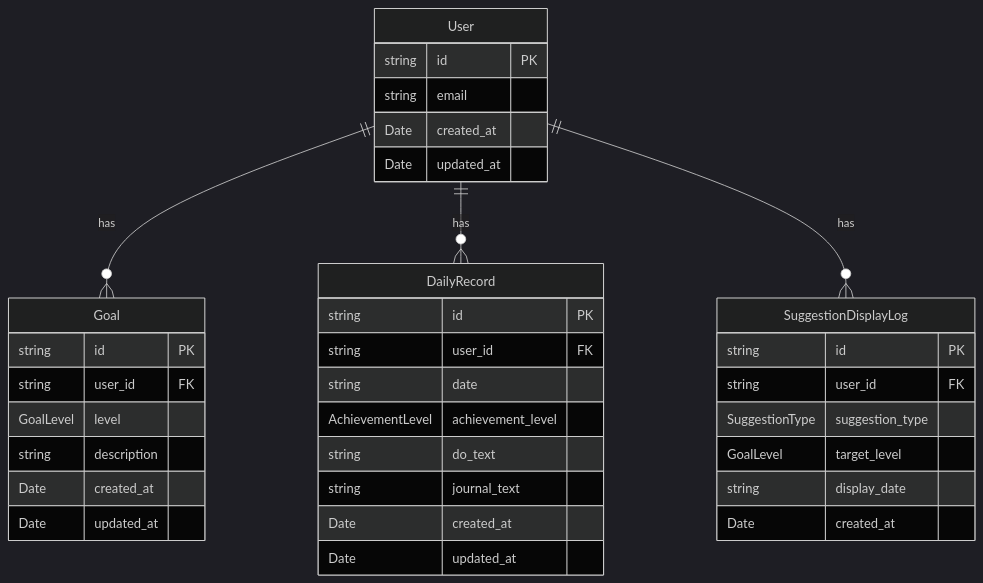
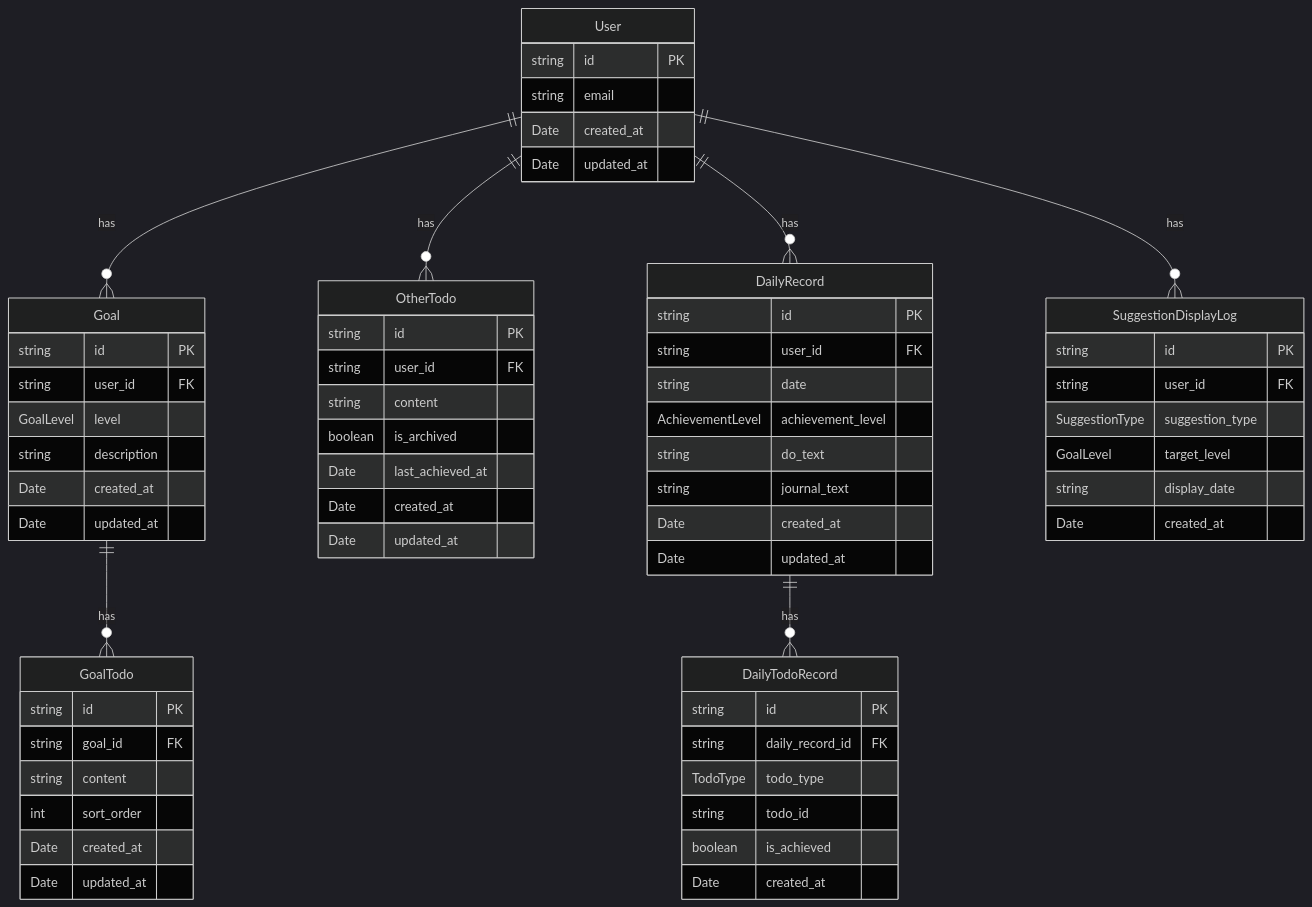
The diagram in docs/data-model.md (Fujita0113/study-manage), drawn with Mermaid (dark theme) before and after one commit. The commit also changed other lines of this file and 33 other files, not shown here.

````diff
--- a/docs/data-model.md
+++ b/docs/data-model.md
@@ -181,42 +303,73 @@
 ```mermaid
 erDiagram
     User ||--o{ Goal : "has"
+    User ||--o{ OtherTodo : "has"
     User ||--o{ DailyRecord : "has"
     User ||--o{ SuggestionDisplayLog : "has"
+    Goal ||--o{ GoalTodo : "has"
+    DailyRecord ||--o{ DailyTodoRecord : "has"
 
     User {
         string id PK
         string email
         Date created_at
         Date updated_at
     }
 
     Goal {
         string id PK
         string user_id FK
         GoalLevel level
         string description
         Date created_at
         Date updated_at
     }
 
+    GoalTodo {
+        string id PK
+        string goal_id FK
+        string content
+        int sort_order
+        Date created_at
+        Date updated_at
+    }
+
+    OtherTodo {
+        string id PK
+        string user_id FK
+        string content
+        boolean is_archived
+        Date last_achieved_at
+        Date created_at
+        Date updated_at
+    }
+
     DailyRecord {
         string id PK
         string user_id FK
         string date
         AchievementLevel achievement_level
         string do_text
         string journal_text
         Date created_at
         Date updated_at
     }
 
+    DailyTodoRecord {
+        string id PK
+        string daily_record_id FK
+        TodoType todo_type
+        string todo_id
+        boolean is_achieved
+        Date created_at
+    }
+
     SuggestionDisplayLog {
         string id PK
         string user_id FK
         SuggestionType suggestion_type
         GoalLevel target_level
         string display_date
         Date created_at
     }
 ```
````
